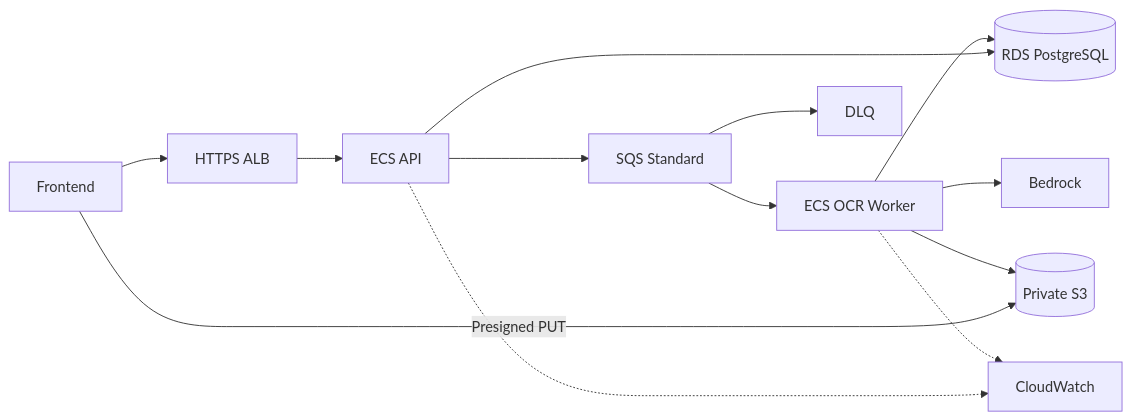
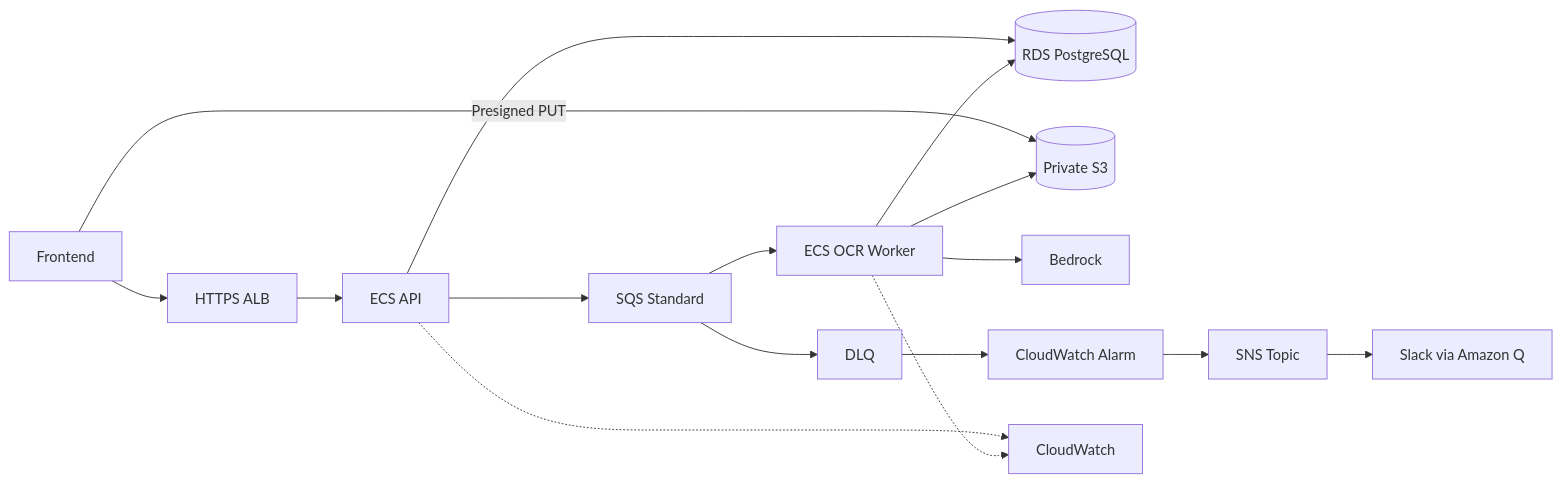
One commit to tiri641/ai-statement-analyzer changed the first of 8 diagrams in docs/architecture.md. Above: the diagram before and after it, drawn with Mermaid. The commit also changed other lines of this file and 27 other files, not shown here.

````diff
--- a/docs/architecture.md
+++ b/docs/architecture.md
@@ -7,15 +7,18 @@
 ```mermaid
 flowchart LR
   FE[Frontend] --> ALB[HTTPS ALB]
   ALB --> API[ECS API]
   API --> DB[(RDS PostgreSQL)]
   API --> SQS[SQS Standard]
   FE -->|Presigned PUT| S3[(Private S3)]
   SQS --> W[ECS OCR Worker]
   W --> S3
   W --> B[Bedrock]
   W --> DB
   SQS --> DLQ[DLQ]
+  DLQ --> Alarm[CloudWatch Alarm]
+  Alarm --> SNS[SNS Topic]
+  SNS --> Slack[Slack via Amazon Q]
   API -.-> CW[CloudWatch]
   W -.-> CW
 ```
````
